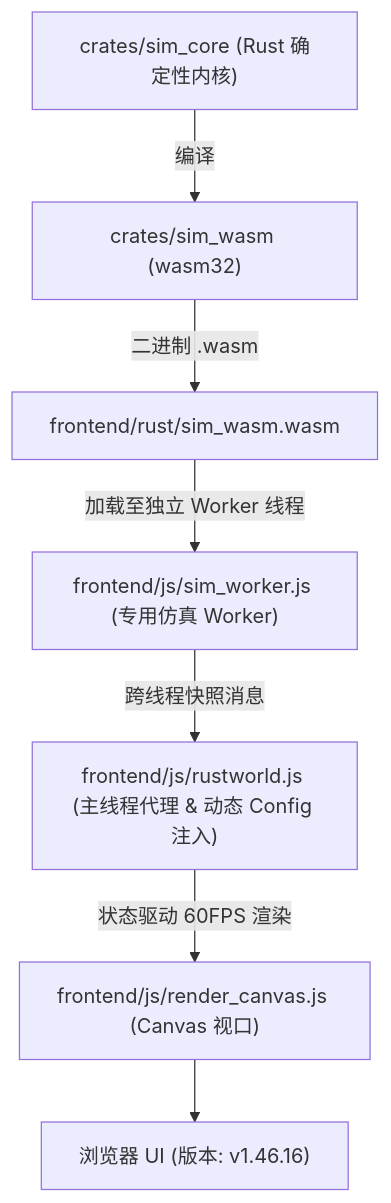
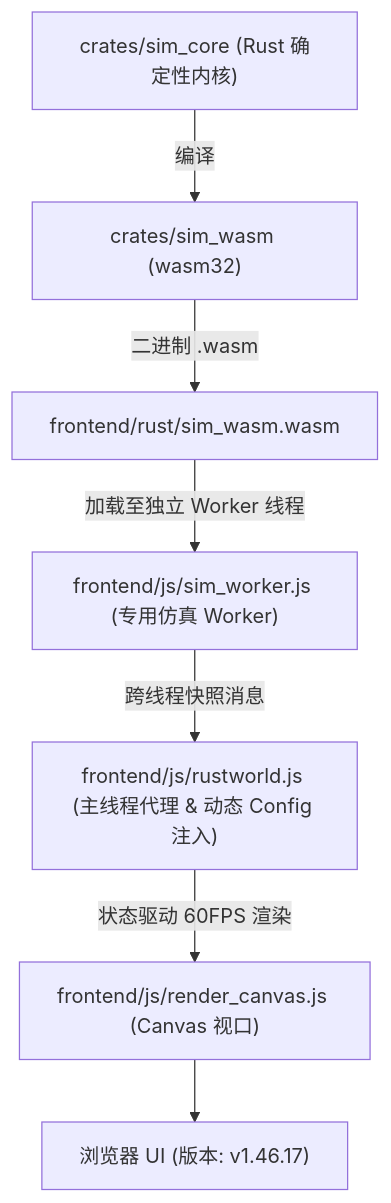
Before and after one commit to g39088902/FlowAndAccord: the diagram in AGENTS.md, drawn with Mermaid. The commit also changed other lines of this file and 24 other files, not shown here.

````diff
--- a/AGENTS.md
+++ b/AGENTS.md
@@ -60,9 +60,9 @@
 ```mermaid
 graph TD
     A["crates/sim_core (Rust 确定性内核)"] -->|编译| B["crates/sim_wasm (wasm32)"]
     B -->|二进制 .wasm| C["frontend/rust/sim_wasm.wasm"]
     C -->|加载至独立 Worker 线程| D["frontend/js/sim_worker.js (专用仿真 Worker)"]
     D -->|跨线程快照消息| E["frontend/js/rustworld.js (主线程代理 & 动态 Config 注入)"]
     E -->|状态驱动 60FPS 渲染| F["frontend/js/render_canvas.js (Canvas 视口)"]
-    F --> G["浏览器 UI (版本: v1.46.16)"]
+    F --> G["浏览器 UI (版本: v1.46.17)"]
 ```
````
